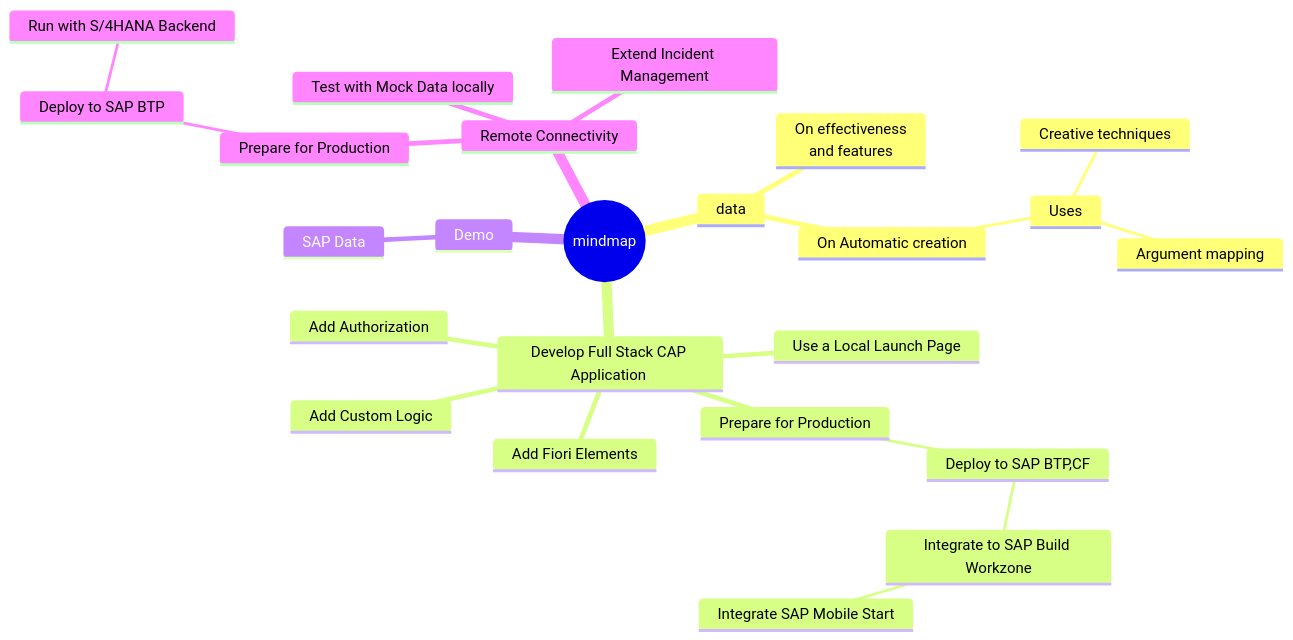
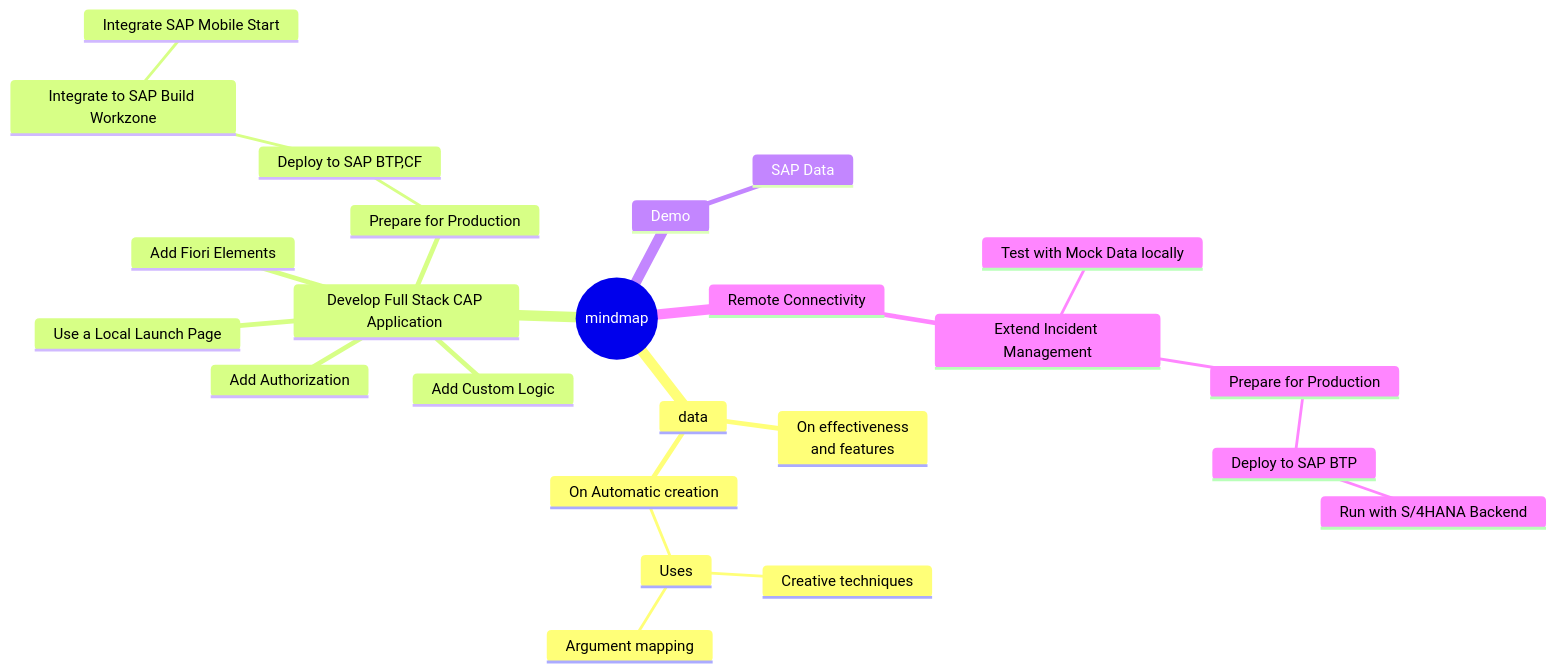
Before and after one commit to ejazsyed/validation-issue: the first of 4 diagrams in README.md, drawn with Mermaid.

````diff
--- a/README.md
+++ b/README.md
@@ -7,28 +7,28 @@
 ```mermaid
    mindmap
   root((mindmap))
     data
       On effectiveness<br/>and features
       On Automatic creation
         Uses
             Creative techniques
             Argument mapping
     Develop Full Stack CAP Application 
       Add Custom Logic
       Add Fiori Elements
       Use a Local Launch Page
       Add Authorization
       Prepare for Production
         Deploy to SAP BTP,CF
           Integrate to SAP Build Workzone
             Integrate SAP Mobile Start
     Demo
       SAP Data
     Remote Connectivity
       Extend Incident Management
-      Test with Mock Data locally
-      Prepare for Production
-        Deploy to SAP BTP
-          Run with S/4HANA Backend 
+        Test with Mock Data locally
+        Prepare for Production
+          Deploy to SAP BTP
+            Run with S/4HANA Backend 
 
 ```
````
